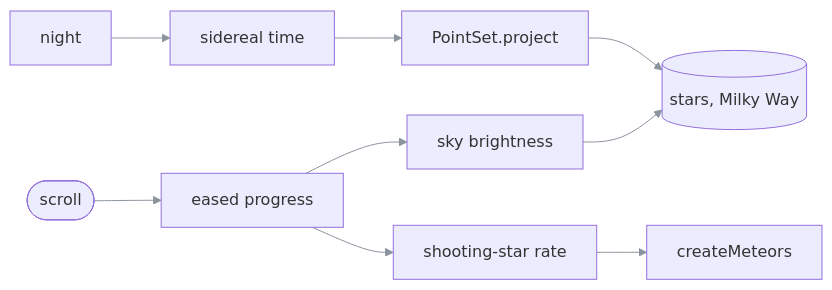
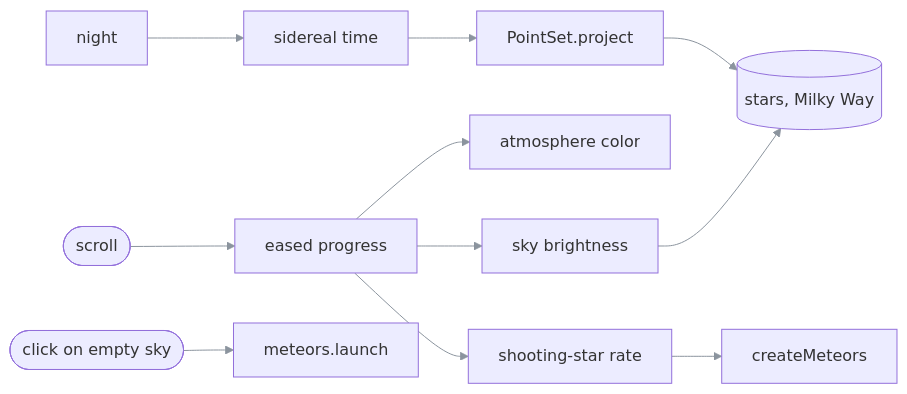
The second of 2 diagrams in README.md (EzzoHamdan/EzzoHamdan.github.io), drawn with Mermaid before and after one commit. The commit also changed other lines of this file, not shown here.

Commit message:
Document the atmosphere, wishes and planets

````diff
--- a/README.md
+++ b/README.md
@@ -111,10 +115,12 @@
 ```mermaid
 %%{init: {'themeVariables': {'fontFamily': 'ui-monospace, SFMono-Regular, Menlo, monospace', 'lineColor': '#8b949e'}}}%%
 flowchart LR
   night[night] --> lst[sidereal time] --> project[PointSet.project] --> sky[(stars, Milky Way)]
   scroll([scroll]) --> progress[eased progress]
+  progress --> air[atmosphere color]
   progress --> dim[sky brightness]
+  click([click on empty sky]) --> wish[meteors.launch]
   progress --> rate[shooting-star rate]
   dim --> sky
   rate --> meteors[createMeteors]
 ```
````
